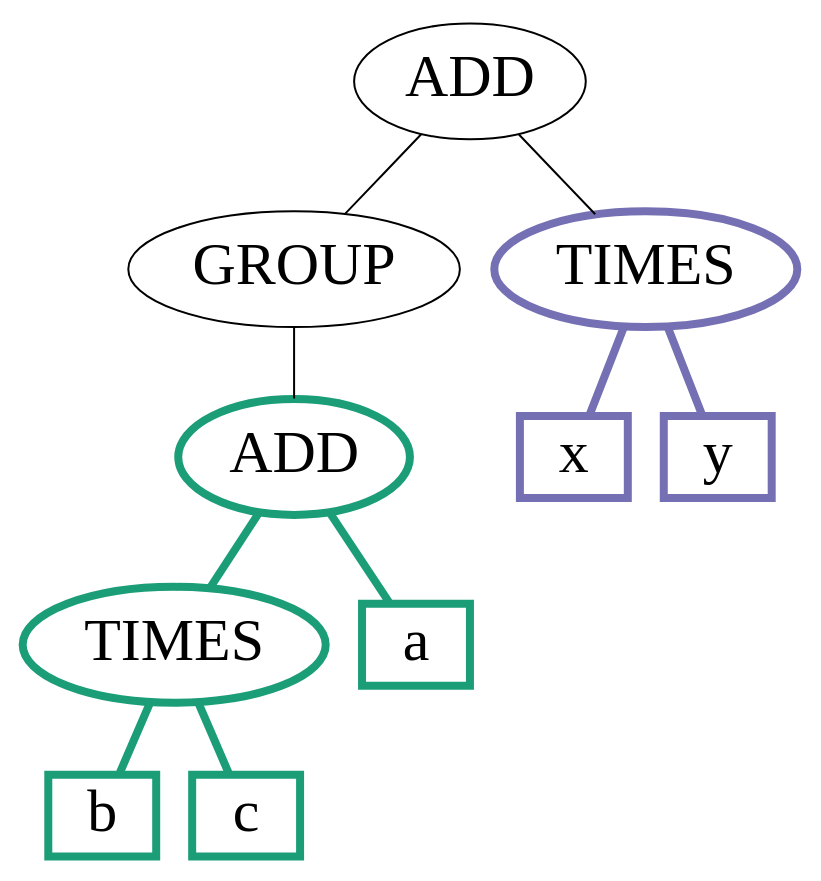
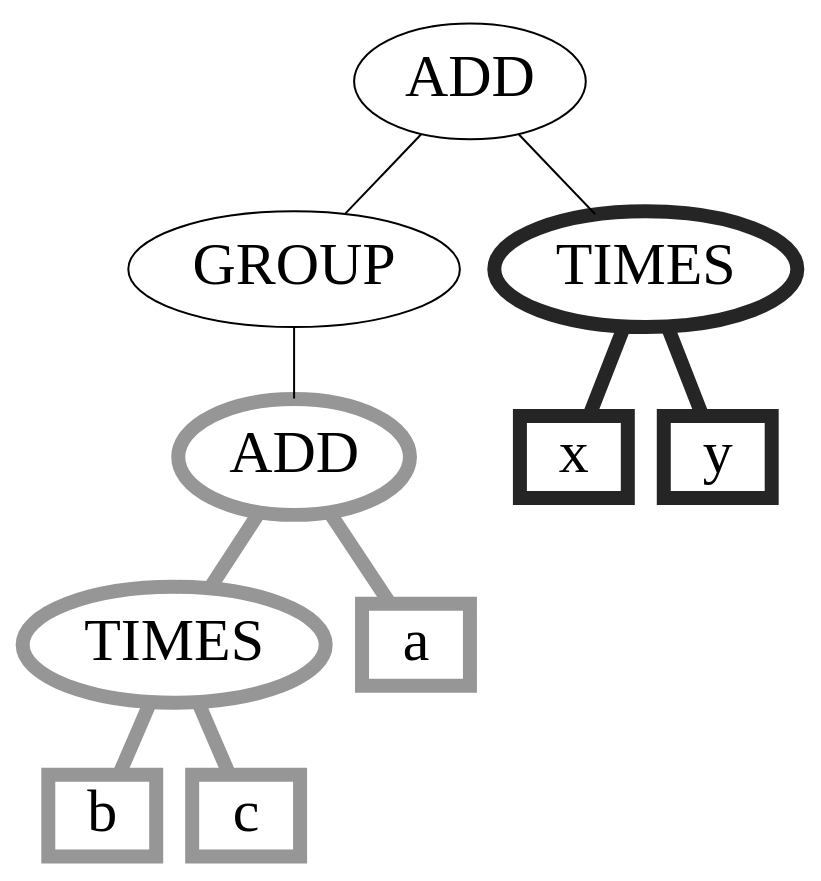
Before and after one commit to t-k-/overleaf-ecir2020: the diagram in fig/tree4.dot, drawn with Graphviz. The commit also changed 9 other files, not shown here.

```diff
--- a/fig/tree4.dot
+++ b/fig/tree4.dot
@@ -1,27 +1,27 @@
 graph TREE {
 	node [fontname="Times", fontsize=30]
     a1 [label="ADD"]
-    a2 [label="ADD", penwidth=4, color="/dark23/1"]
+    a2 [label="ADD", penwidth=7, color="/greys6/4"]
     gr [label="GROUP"]
-    t1 [label="TIMES", penwidth=4, color="/dark23/1"]
-    t2 [label="TIMES", penwidth=4, color="/dark23/3"]
+    t1 [label="TIMES", penwidth=7, color="/greys6/4"]
+    t2 [label="TIMES", penwidth=7, color="/greys6/6"]
 
 	node [shape=box]
-    a [label="a", penwidth=4, color="/dark23/1"]
-    b [label="b", penwidth=4, color="/dark23/1"]
-    c [label="c", penwidth=4, color="/dark23/1"]
-    x [label="x", penwidth=4, color="/dark23/3"]
-    y [label="y", penwidth=4, color="/dark23/3"]
+    a [label="a", penwidth=7, color="/greys6/4"]
+    b [label="b", penwidth=7, color="/greys6/4"]
+    c [label="c", penwidth=7, color="/greys6/4"]
+    x [label="x", penwidth=7, color="/greys6/6"]
+    y [label="y", penwidth=7, color="/greys6/6"]
 
 	a1 -- gr 
 	gr -- a2 
-	a2 -- t1 [penwidth=4, color="/dark23/1"]
+	a2 -- t1 [penwidth=7, color="/greys6/4"]
 
 	a1 -- t2 
 
-	a2 -- a [penwidth=4, color="/dark23/1"]
-	t1 -- b [penwidth=4, color="/dark23/1"]
-	t1 -- c [penwidth=4, color="/dark23/1"]
-	t2 -- x [penwidth=4, color="/dark23/3"]
-	t2 -- y [penwidth=4, color="/dark23/3"]
+	a2 -- a [penwidth=7, color="/greys6/4"]
+	t1 -- b [penwidth=7, color="/greys6/4"]
+	t1 -- c [penwidth=7, color="/greys6/4"]
+	t2 -- x [penwidth=7, color="/greys6/6"]
+	t2 -- y [penwidth=7, color="/greys6/6"]
 }
```
